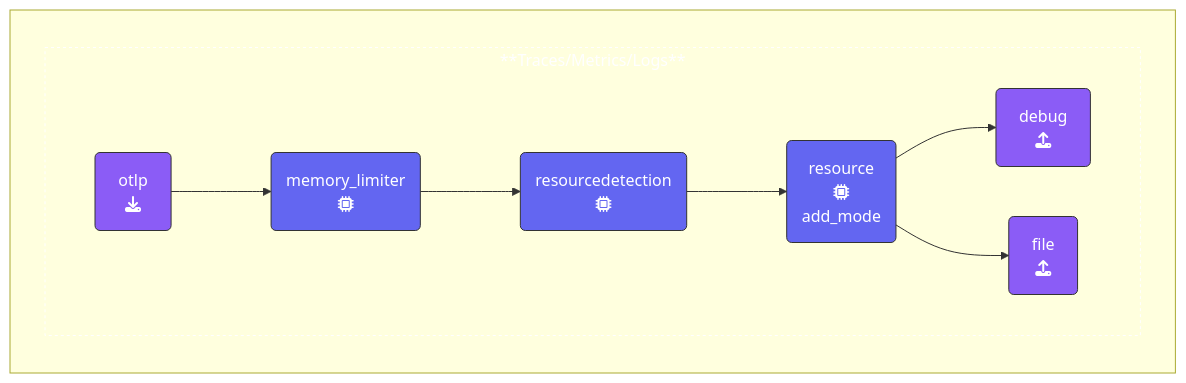
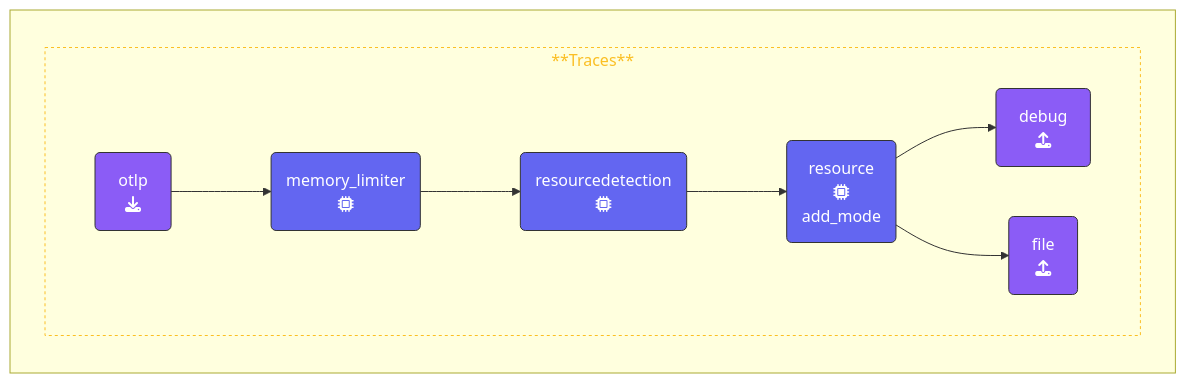
One commit to splunk/observability-workshop changed the diagram in content/en/ninja-workshops/3-opentelemetry-collector-workshops/2-advanced-collector/1-agent/1-3-fileexporter/_index.md. Above: the diagram before and after it, drawn with Mermaid. The commit also changed other lines of this file and 5 other files, not shown here.

````diff
--- a/content/en/ninja-workshops/3-opentelemetry-collector-workshops/2-advanced-collector/1-agent/1-3-fileexporter/_index.md
+++ b/content/en/ninja-workshops/3-opentelemetry-collector-workshops/2-advanced-collector/1-agent/1-3-fileexporter/_index.md
@@ -71,27 +71,27 @@
 ```mermaid
 %%{init:{"fontFamily":"monospace"}}%%
 graph LR
     %% Nodes
       REC1(&nbsp;&nbsp;otlp&nbsp;&nbsp;<br>fa:fa-download):::receiver
       PRO1(memory_limiter<br>fa:fa-microchip):::processor
       PRO2(resourcedetection<br>fa:fa-microchip):::processor
       PRO3(resource<br>fa:fa-microchip<br>add_mode):::processor
       EXP1(&ensp;debug&ensp;<br>fa:fa-upload):::exporter
       EXP2(&ensp;file&ensp;<br>fa:fa-upload):::exporter
     %% Links
     subID1:::sub-traces
     subgraph " "
-      subgraph subID1[**Traces/Metrics/Logs**]
+      subgraph subID1[**Traces**]
       direction LR
       REC1 --> PRO1
       PRO1 --> PRO2
       PRO2 --> PRO3
       PRO3 --> EXP1
       PRO3 --> EXP2
       end
     end
 classDef receiver,exporter fill:#8b5cf6,stroke:#333,stroke-width:1px,color:#fff;
 classDef processor fill:#6366f1,stroke:#333,stroke-width:1px,color:#fff;
 classDef con-receive,con-export fill:#45c175,stroke:#333,stroke-width:1px,color:#fff;
-classDef sub-traces stroke:#fff,stroke-width:1px, color:#fff,stroke-dasharray: 3 3;
+classDef sub-traces stroke:#fbbf24,stroke-width:1px, color:#fbbf24,stroke-dasharray: 3 3;
 ```
````
